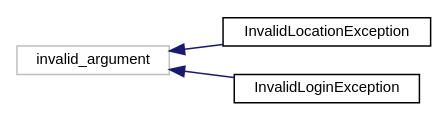
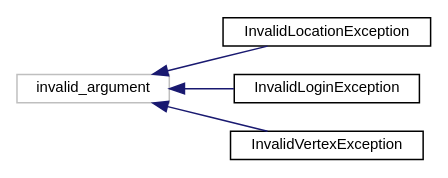
The diagram in inherit_graph_18.dot (ctrlMarcio/feup-cal-proj), drawn with Graphviz before and after one commit. The commit also changed 109 other files, not shown here.

```diff
--- a/inherit_graph_18.dot
+++ b/inherit_graph_18.dot
@@ -1,11 +1,13 @@
 digraph "Graphical Class Hierarchy"
 {
   edge [fontname="Helvetica",fontsize="10",labelfontname="Helvetica",labelfontsize="10"];
   node [fontname="Helvetica",fontsize="10",shape=record];
   rankdir="LR";
   Node8 [label="invalid_argument",height=0.2,width=0.4,color="grey75", fillcolor="white", style="filled"];
   Node8 -> Node0 [dir="back",color="midnightblue",fontsize="10",style="solid",fontname="Helvetica"];
   Node0 [label="InvalidLocationException",height=0.2,width=0.4,color="black", fillcolor="white", style="filled",URL="$classInvalidLocationException.html"];
   Node8 -> Node10 [dir="back",color="midnightblue",fontsize="10",style="solid",fontname="Helvetica"];
   Node10 [label="InvalidLoginException",height=0.2,width=0.4,color="black", fillcolor="white", style="filled",URL="$classInvalidLoginException.html",tooltip="Represents an exception thrown then a bad login is executed. "];
+  Node8 -> Node11 [dir="back",color="midnightblue",fontsize="10",style="solid",fontname="Helvetica"];
+  Node11 [label="InvalidVertexException",height=0.2,width=0.4,color="black", fillcolor="white", style="filled",URL="$classInvalidVertexException.html",tooltip="Represents an exception thrown whenever an invalid graph&#39;s vertex is required. "];
 }
```
